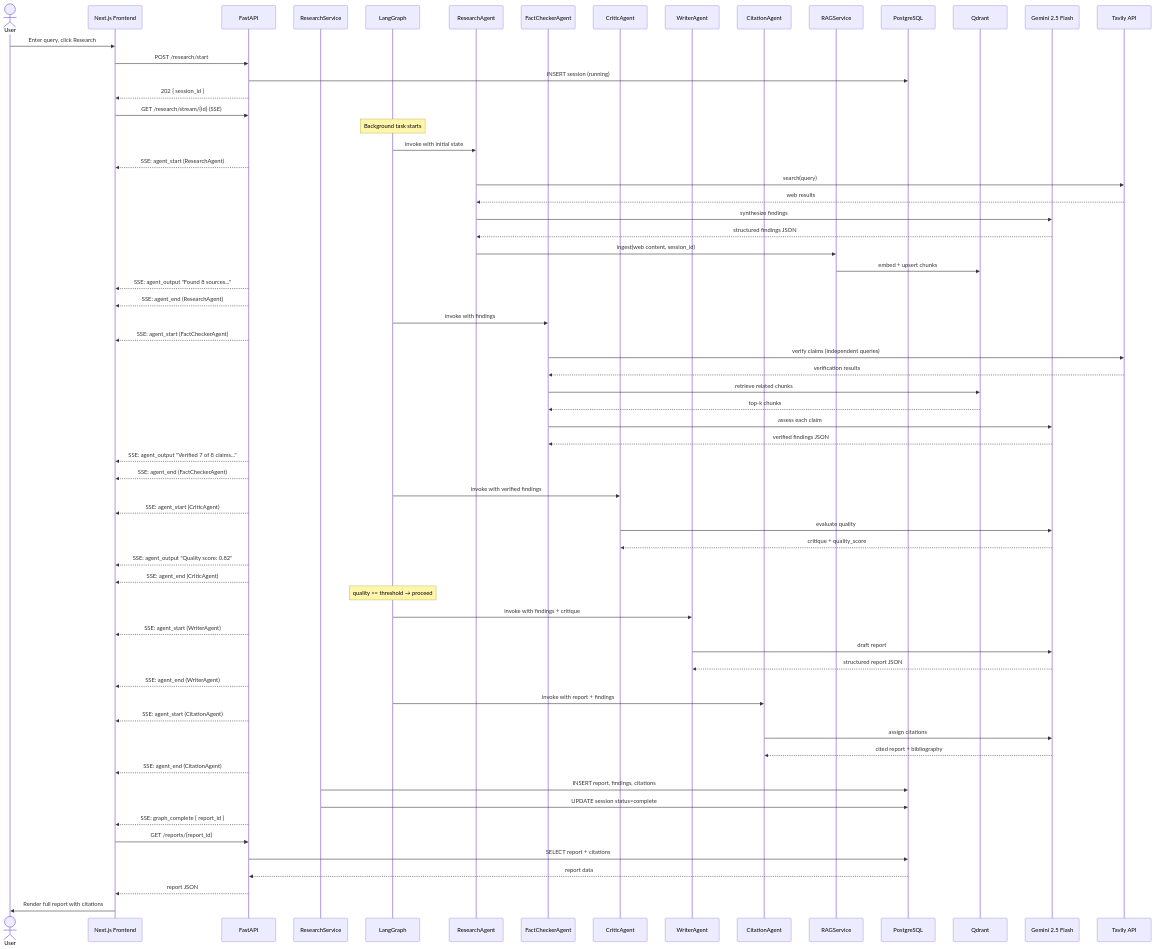
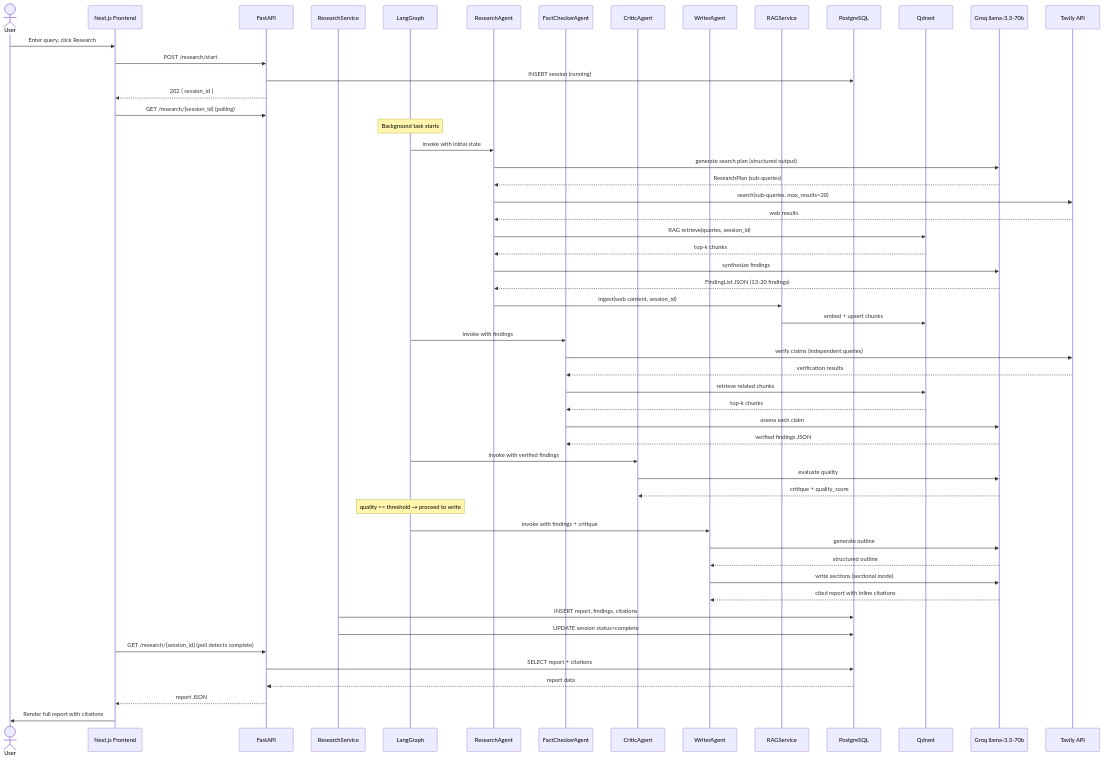
One commit to ShantanuRamavat/LitReviewer changed diagram 26 of 29 in docs/system-design.md. Above: the diagram before and after it, drawn with Mermaid. The commit also changed other lines of this file, not shown here.

Commit message:
docs: update system-design.md for LitReviewer
- Rename Nexus Research → LitReviewer throughout
- Replace Gemini 2.5 Flash with Groq llama-3.3-70b
- Remove CitationAgent (not in actual implementation — 4 agents only)
- Update LLM config vars from GEMINI_* to GROQ_*/ANTHROPIC_*
- Update BaseChatModel type (was ChatGoogleGenerativeAI)
- Update source count to 13-20 in sequence diagram
- Replace SSE with polling in frontend communication
- Fix PDF footer branding

````diff
--- a/docs/system-design.md
+++ b/docs/system-design.md
@@ -1063,79 +1038,66 @@
 ```mermaid
 sequenceDiagram
     actor U as User
     participant FE as Next.js Frontend
     participant API as FastAPI
     participant SVC as ResearchService
     participant GRAPH as LangGraph
     participant RA as ResearchAgent
     participant FC as FactCheckerAgent
     participant CR as CriticAgent
     participant WA as WriterAgent
-    participant CA as CitationAgent
     participant RAG as RAGService
     participant PG as PostgreSQL
     participant QD as Qdrant
-    participant GEM as Gemini 2.5 Flash
+    participant GROQ as Groq llama-3.3-70b
     participant TAV as Tavily API
 
     U->>FE: Enter query, click Research
     FE->>API: POST /research/start
     API->>PG: INSERT session (running)
     API-->>FE: 202 { session_id }
-    FE->>API: GET /research/stream/{id} (SSE)
+    FE->>API: GET /research/{session_id} (polling)
 
     Note over GRAPH: Background task starts
 
     GRAPH->>RA: invoke with initial state
-    API-->>FE: SSE: agent_start (ResearchAgent)
-    RA->>TAV: search(query)
+    RA->>GROQ: generate search plan (structured output)
+    GROQ-->>RA: ResearchPlan (sub-queries)
+    RA->>TAV: search(sub-queries, max_results=20)
     TAV-->>RA: web results
-    RA->>GEM: synthesize findings
-    GEM-->>RA: structured findings JSON
+    RA->>QD: RAG retrieve(queries, session_id)
+    QD-->>RA: top-k chunks
+    RA->>GROQ: synthesize findings
+    GROQ-->>RA: FindingList JSON (13-20 findings)
     RA->>RAG: ingest(web content, session_id)
     RAG->>QD: embed + upsert chunks
-    API-->>FE: SSE: agent_output "Found 8 sources..."
-    API-->>FE: SSE: agent_end (ResearchAgent)
 
     GRAPH->>FC: invoke with findings
-    API-->>FE: SSE: agent_start (FactCheckerAgent)
     FC->>TAV: verify claims (independent queries)
     TAV-->>FC: verification results
     FC->>QD: retrieve related chunks
     QD-->>FC: top-k chunks
-    FC->>GEM: assess each claim
-    GEM-->>FC: verified findings JSON
-    API-->>FE: SSE: agent_output "Verified 7 of 8 claims..."
-    API-->>FE: SSE: agent_end (FactCheckerAgent)
+    FC->>GROQ: assess each claim
+    GROQ-->>FC: verified findings JSON
 
     GRAPH->>CR: invoke with verified findings
-    API-->>FE: SSE: agent_start (CriticAgent)
-    CR->>GEM: evaluate quality
-    GEM-->>CR: critique + quality_score
-    API-->>FE: SSE: agent_output "Quality score: 0.82"
-    API-->>FE: SSE: agent_end (CriticAgent)
+    CR->>GROQ: evaluate quality
+    GROQ-->>CR: critique + quality_score
 
-    Note over GRAPH: quality >= threshold → proceed
+    Note over GRAPH: quality >= threshold → proceed to write
 
     GRAPH->>WA: invoke with findings + critique
-    API-->>FE: SSE: agent_start (WriterAgent)
-    WA->>GEM: draft report
-    GEM-->>WA: structured report JSON
-    API-->>FE: SSE: agent_end (WriterAgent)
-
-    GRAPH->>CA: invoke with report + findings
-    API-->>FE: SSE: agent_start (CitationAgent)
-    CA->>GEM: assign citations
-    GEM-->>CA: cited report + bibliography
-    API-->>FE: SSE: agent_end (CitationAgent)
+    WA->>GROQ: generate outline
+    GROQ-->>WA: structured outline
+    WA->>GROQ: write sections (sectional mode)
+    GROQ-->>WA: cited report with inline citations
 
     SVC->>PG: INSERT report, findings, citations
     SVC->>PG: UPDATE session status=complete
-    API-->>FE: SSE: graph_complete { report_id }
 
-    FE->>API: GET /reports/{report_id}
+    FE->>API: GET /research/{session_id} (poll detects complete)
     API->>PG: SELECT report + citations
     PG-->>API: report data
     API-->>FE: report JSON
     FE->>U: Render full report with citations
 ```
````
